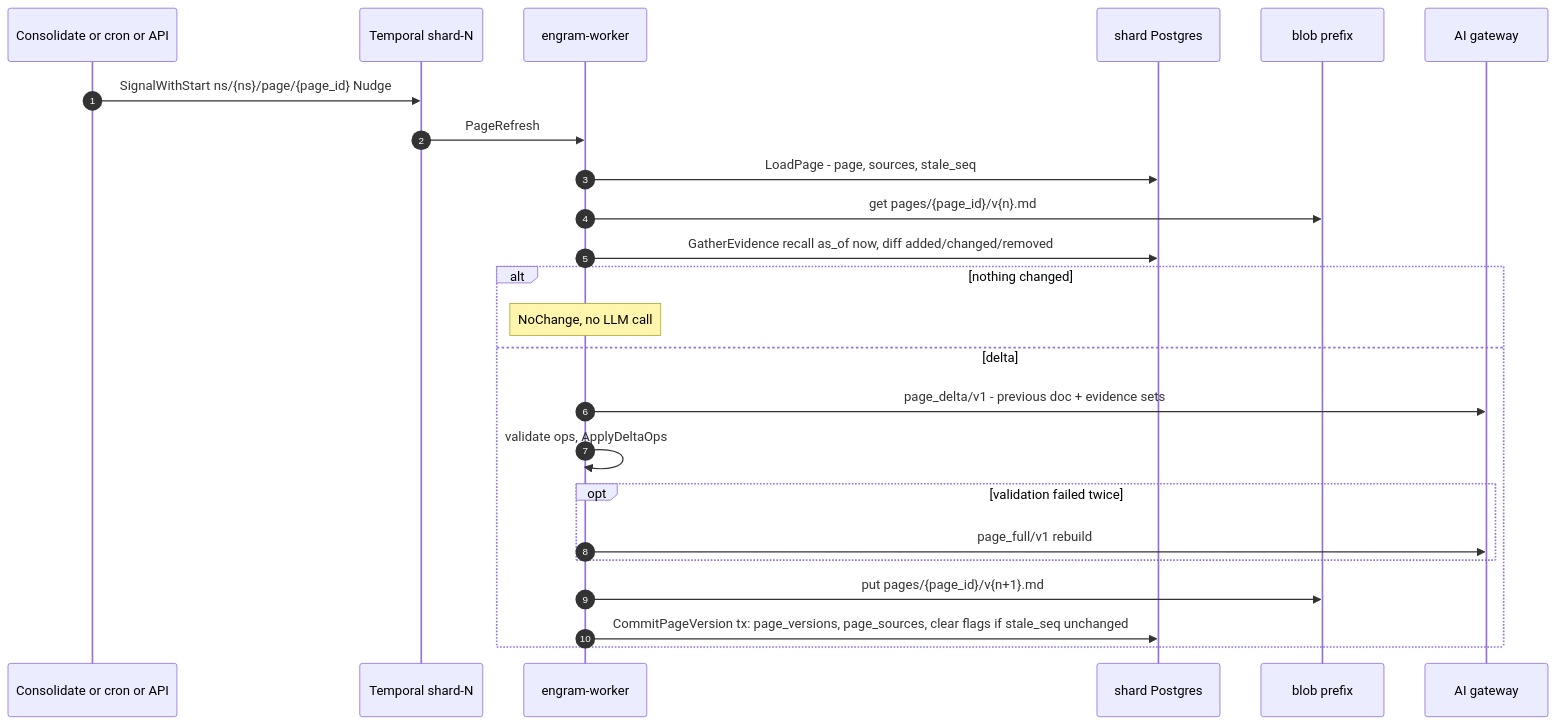
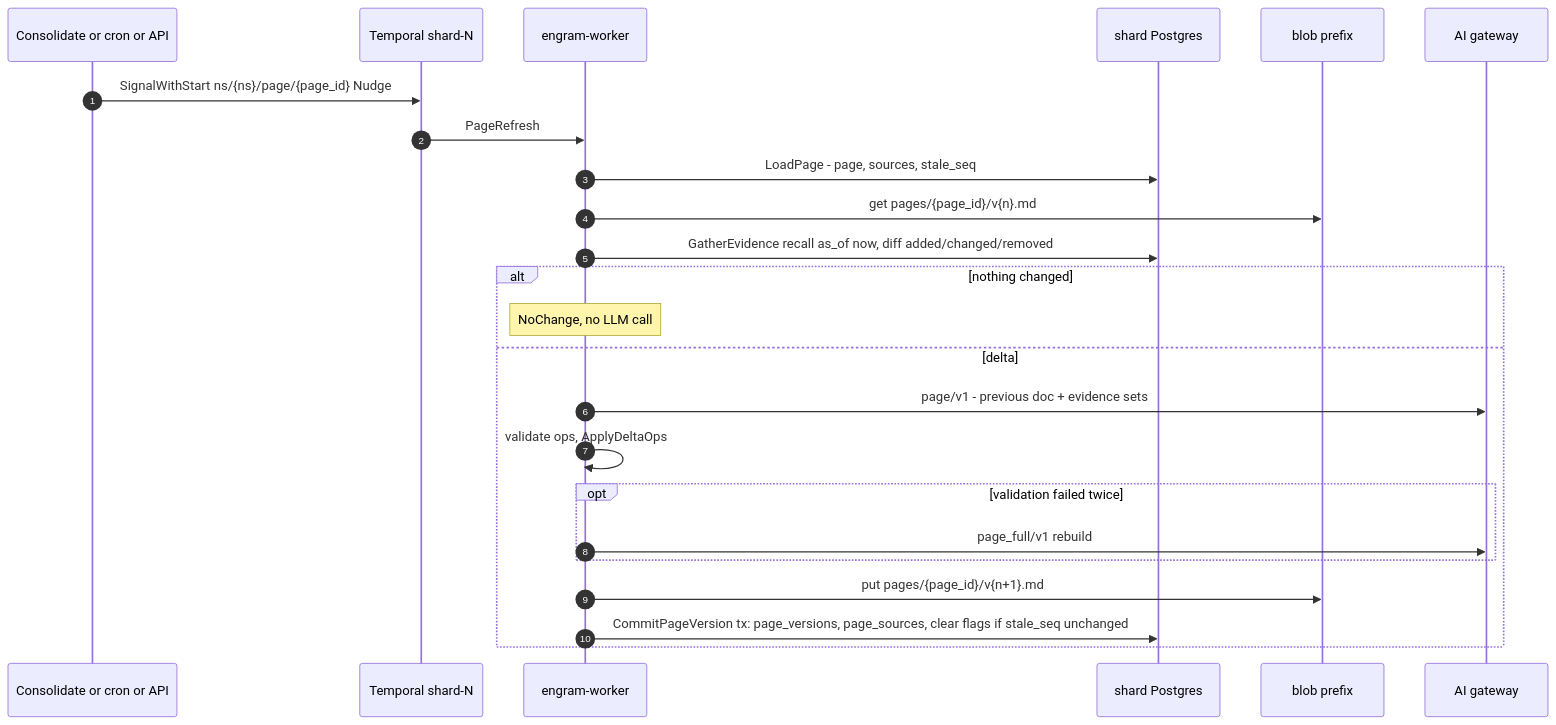
Before and after one commit to gstamatakis95/agent-memory-benchmark: the third of 6 diagrams in plans/engram/sections/05-pipelines.md, drawn with Mermaid. The commit also changed other lines of this file and 16 other files, not shown here.

````diff
--- a/plans/engram/sections/05-pipelines.md
+++ b/plans/engram/sections/05-pipelines.md
@@ -750,26 +760,26 @@
 ```mermaid
 sequenceDiagram
   autonumber
   participant C as Consolidate or cron or API
   participant T as Temporal shard-N
   participant W as engram-worker
   participant DB as shard Postgres
   participant B as blob prefix
   participant G as AI gateway
   C->>T: SignalWithStart ns/{ns}/page/{page_id} Nudge
   T->>W: PageRefresh
  W->>DB: LoadPage - page, sources, stale_seq
   W->>B: get pages/{page_id}/v{n}.md
   W->>DB: GatherEvidence recall as_of now, diff added/changed/removed
   alt nothing changed
     Note over W: NoChange, no LLM call
   else delta
- W->>G: page_delta/v1 - previous doc + evidence sets
+ W->>G: page/v1 - previous doc + evidence sets
     W->>W: validate ops, ApplyDeltaOps
     opt validation failed twice
       W->>G: page_full/v1 rebuild
     end
     W->>B: put pages/{page_id}/v{n+1}.md
     W->>DB: CommitPageVersion tx: page_versions, page_sources, clear flags if stale_seq unchanged
   end
 ```
````
